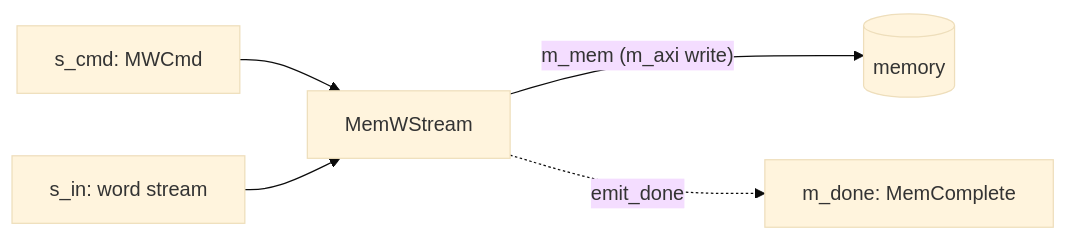
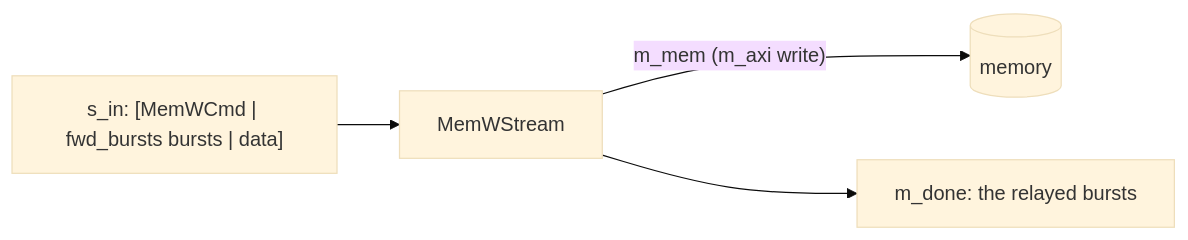
One commit to sdrangan/waveflow changed the second of 2 diagrams in docs/guide/interface/axi_mm/master.md. Above: the diagram before and after it, drawn with Mermaid (base theme). The commit also changed other lines of this file and 54 other files, not shown here.

````diff
--- a/docs/guide/interface/axi_mm/master.md
+++ b/docs/guide/interface/axi_mm/master.md
@@ -78,7 +108,6 @@
 ```mermaid
 flowchart LR
-    cmd["s_cmd: MWCmd"] --> W["MemWStream"]
-    data["s_in: word stream"] --> W
+    data["s_in: [MemWCmd | fwd_bursts bursts | data]"] --> W["MemWStream"]
     W -->|"m_mem (m_axi write)"| mem[("memory")]
-    W -. "emit_done" .-> done["m_done: MemComplete"]
+    W --> done["m_done: the relayed bursts"]
 ```
````
